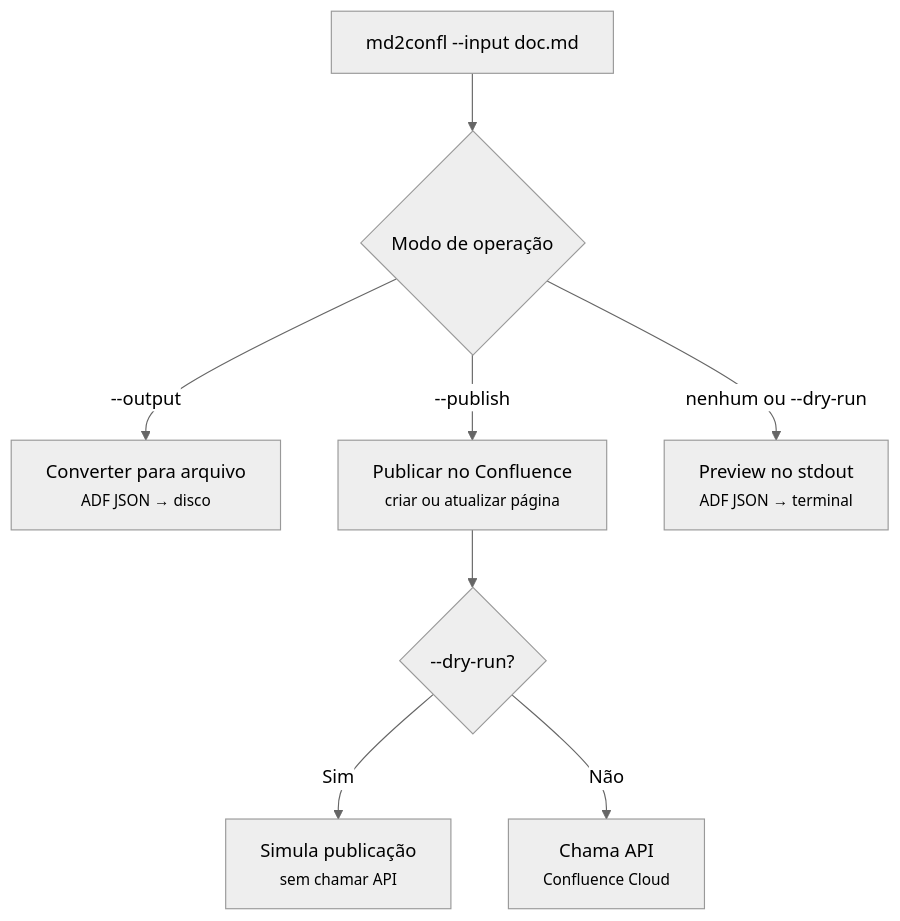
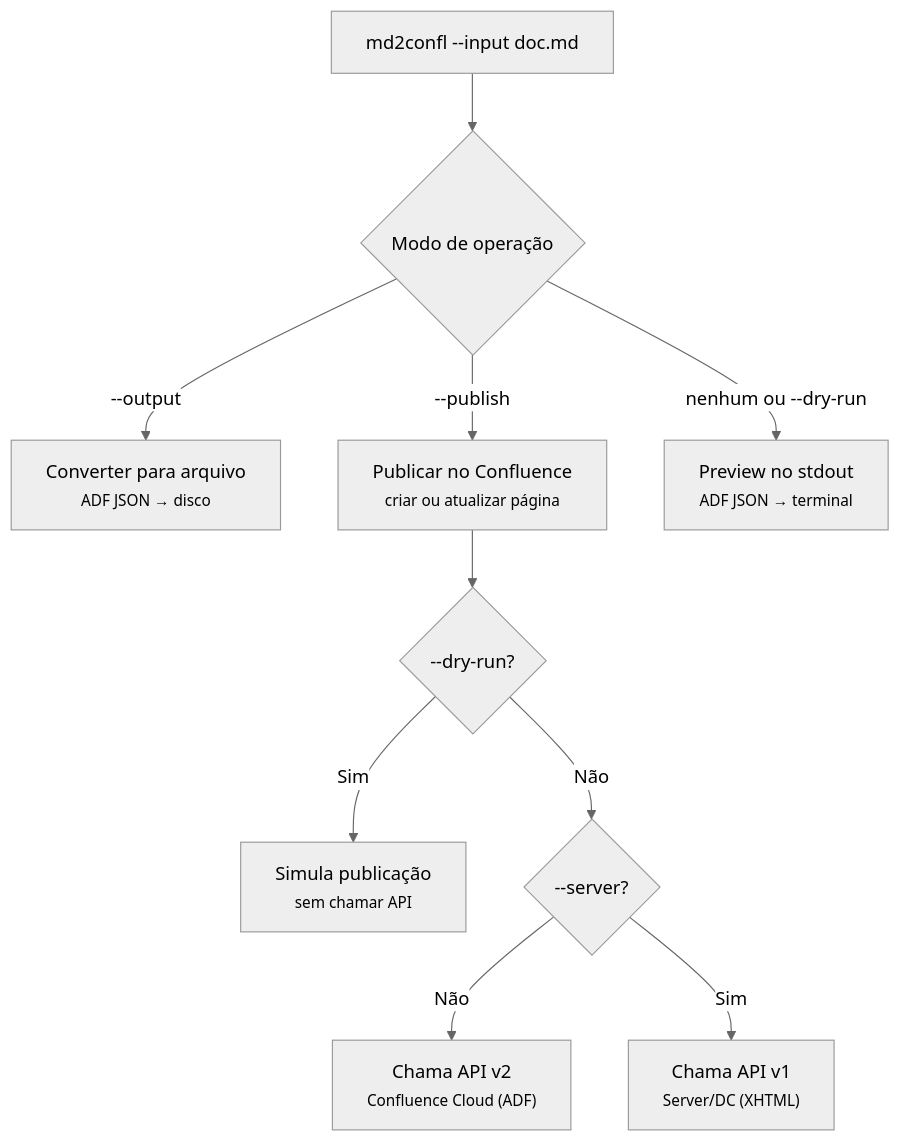
One commit to fmnapoli/md2confl changed the first of 2 diagrams in docs/referencia.md. Above: the diagram before and after it, drawn with Mermaid (neutral theme). The commit also changed other lines of this file and 3 other files, not shown here.

````diff
--- a/docs/referencia.md
+++ b/docs/referencia.md
@@ -3,11 +3,13 @@
 ```mermaid
 flowchart TD
     Input["md2confl --input doc.md"] --> Mode{"Modo de operação"}
     Mode -->|"--output"| Convert["Converter para arquivo<br/><small>ADF JSON → disco</small>"]
     Mode -->|"--publish"| Publish["Publicar no Confluence<br/><small>criar ou atualizar página</small>"]
     Mode -->|"nenhum ou --dry-run"| Stdout["Preview no stdout<br/><small>ADF JSON → terminal</small>"]
 
     Publish --> WithDryRun{"--dry-run?"}
     WithDryRun -- "Sim" --> Simulate["Simula publicação<br/><small>sem chamar API</small>"]
-    WithDryRun -- "Não" --> API["Chama API<br/><small>Confluence Cloud</small>"]
+    WithDryRun -- "Não" --> ServerCheck{"--server?"}
+    ServerCheck -- "Não" --> API["Chama API v2<br/><small>Confluence Cloud (ADF)</small>"]
+    ServerCheck -- "Sim" --> APIv1["Chama API v1<br/><small>Server/DC (XHTML)</small>"]
 ```
````
